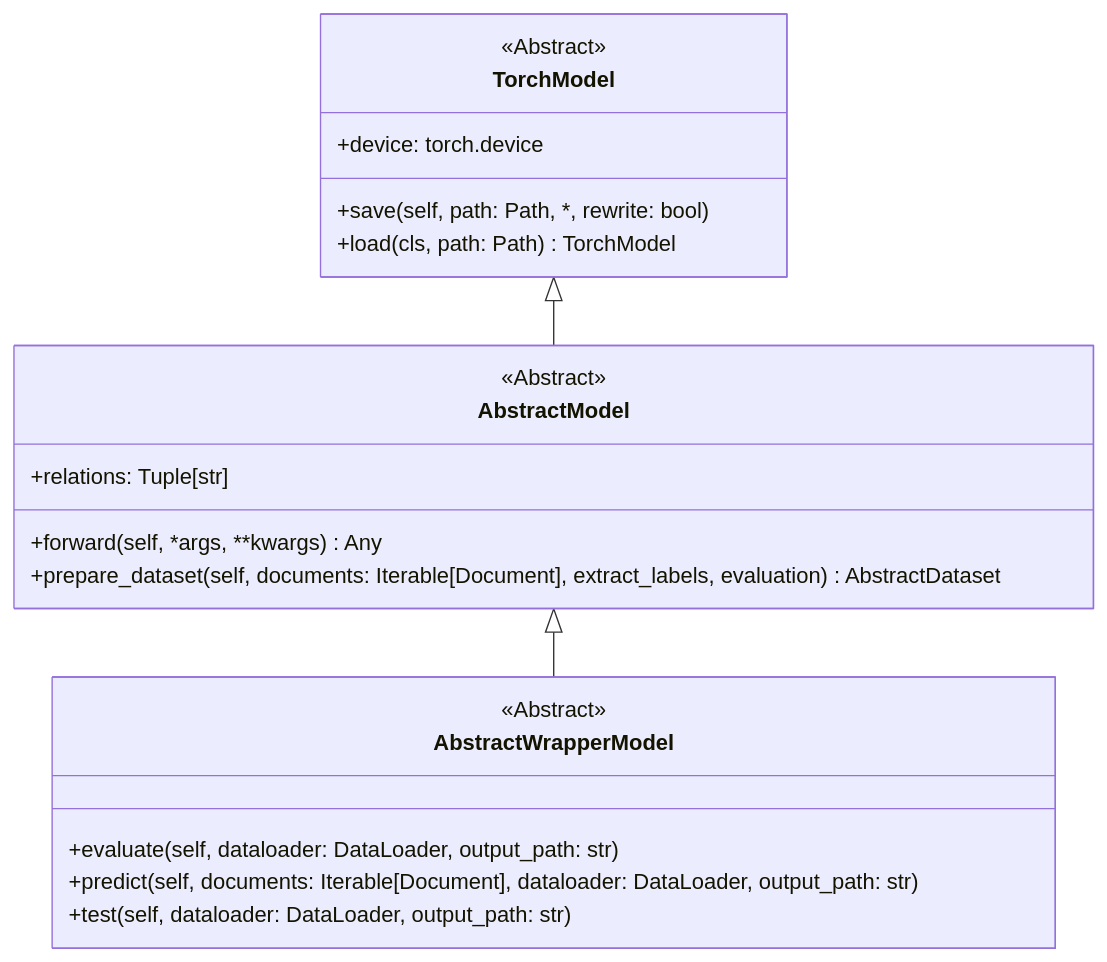
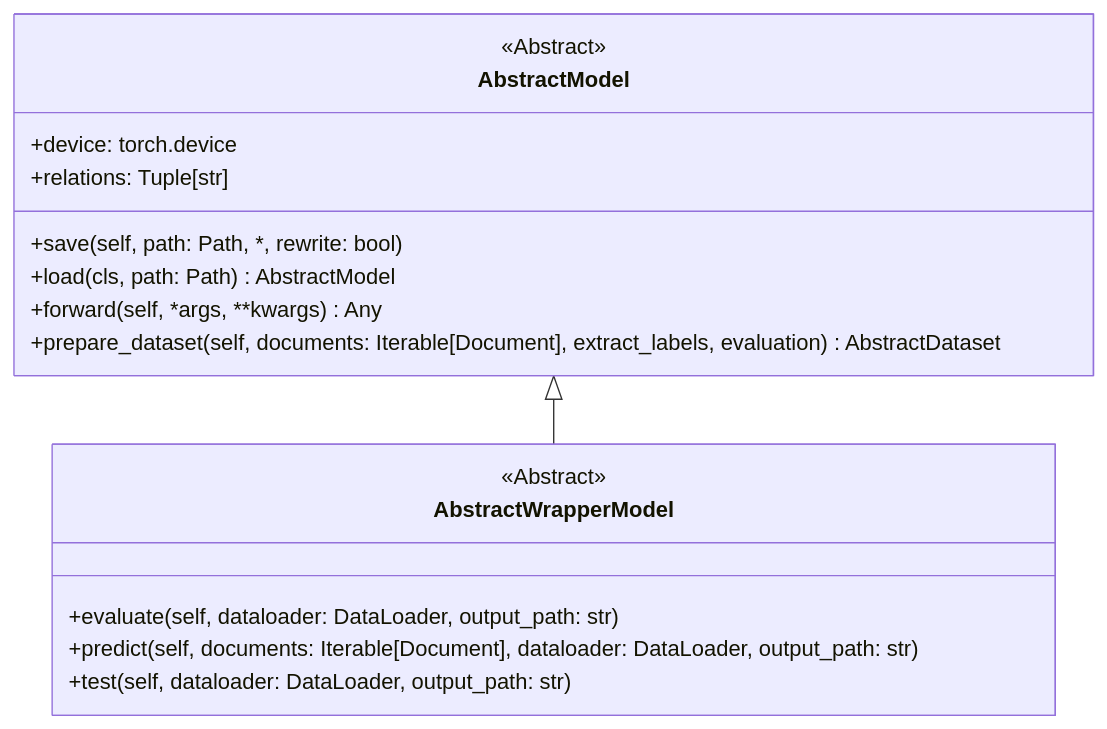
One commit to phos-phophy/creed changed the fourth of 4 diagrams in README.md. Above: the diagram before and after it, drawn with Mermaid. The commit also changed other lines of this file and 4 other files, not shown here.

Commit message:
Combine AbstractModel and TorchModel

````diff
--- a/README.md
+++ b/README.md
@@ -190,28 +189,24 @@
 ```mermaid
 classDiagram
 direction TB
 
-   class TorchModel{
-      <<Abstract>>
-      +device: torch.device
-      +save(self, path: Path, *, rewrite: bool)
-      +load(cls, path: Path) TorchModel
-   }
-   TorchModel <|-- AbstractModel
    AbstractModel <|-- AbstractWrapperModel
    
    class AbstractModel{
       <<Abstract>>
+      +device: torch.device
       +relations: Tuple[str]
+      +save(self, path: Path, *, rewrite: bool)
+      +load(cls, path: Path) AbstractModel
       +forward(self, *args, **kwargs) Any
       +prepare_dataset(self, documents: Iterable[Document], extract_labels, evaluation)  AbstractDataset
    }
    
    class AbstractWrapperModel{
       <<Abstract>>
       +evaluate(self, dataloader: DataLoader, output_path: str)
       +predict(self, documents: Iterable[Document], dataloader: DataLoader, output_path: str)
       +test(self, dataloader: DataLoader, output_path: str)
    }
    
 ```
````
